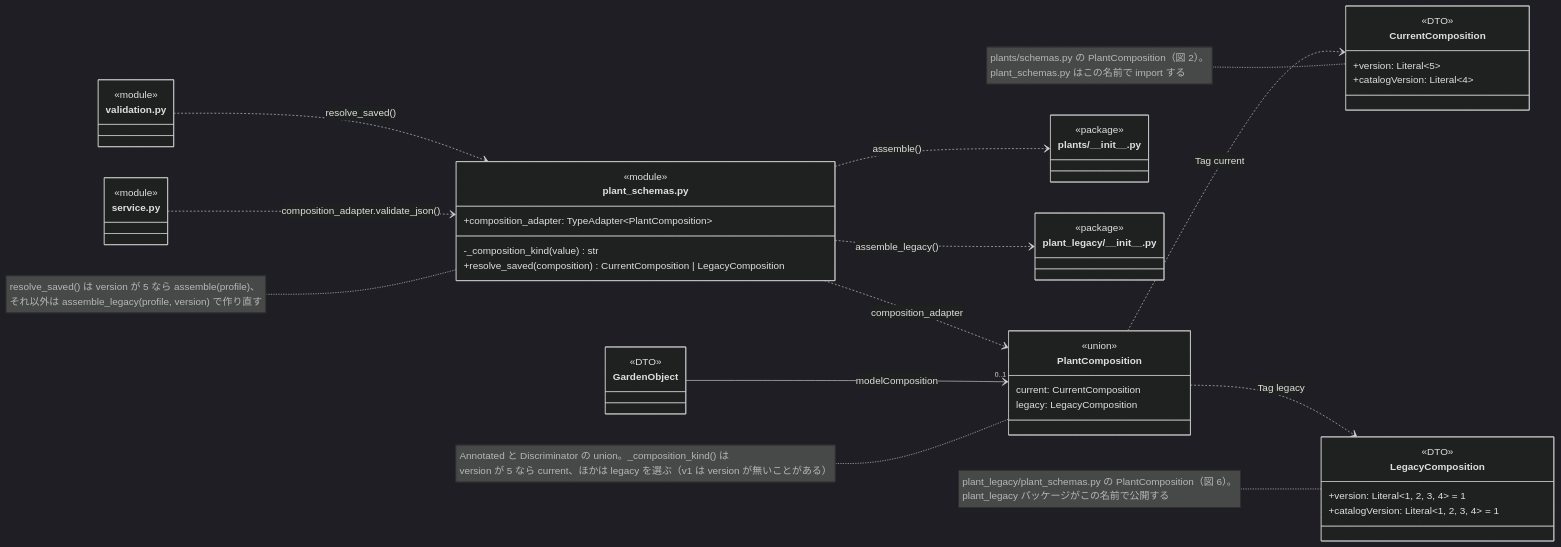
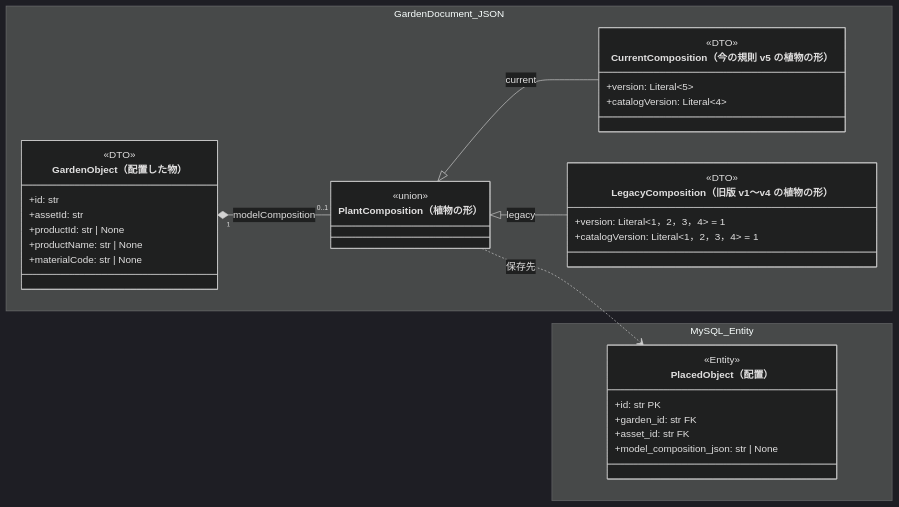
One commit to abeouga/kusakari-document changed the fifth of 7 diagrams in クラス図/kusakari-canvas/03_植物モデル.md. Above: the diagram before and after it, drawn with Mermaid (dark theme). The commit also changed other lines of this file and 40 other files, not shown here.

Commit message:
Canvas のクラス図に全体図を足し、詳細図をデータとモジュールの図に分けて書き直す

````diff
--- a/クラス図/kusakari-canvas/03_植物モデル.md
+++ b/クラス図/kusakari-canvas/03_植物モデル.md
@@ -425,48 +480,43 @@
 ```mermaid
 classDiagram
     direction LR
-    class plant_schemas["plant_schemas.py"] {
-        <<module>>
-        +composition_adapter: TypeAdapter~PlantComposition~
-        -_composition_kind(value) str
-        +resolve_saved(composition) CurrentComposition | LegacyComposition
+
+    namespace GardenDocument_JSON {
+        class GardenObject["GardenObject（配置した物）"] {
+            <<DTO>>
+            +id: str
+            +assetId: str
+            +productId: str | None
+            +productName: str | None
+            +materialCode: str | None
+        }
+        class PlantComposition["PlantComposition（植物の形）"] {
+            <<union>>
+        }
+        class CurrentComposition["CurrentComposition（今の規則 v5 の植物の形）"] {
+            <<DTO>>
+            +version: Literal~5~
+            +catalogVersion: Literal~4~
+        }
+        class LegacyComposition["LegacyComposition（旧版 v1〜v4 の植物の形）"] {
+            <<DTO>>
+            +version: Literal~1，2，3，4~ = 1
+            +catalogVersion: Literal~1，2，3，4~ = 1
+        }
     }
-    note for plant_schemas "resolve_saved() は version が 5 なら assemble(profile)、<br/>それ以外は assemble_legacy(profile, version) で作り直す"
-    class PlantComposition {
-        <<union>>
-        current: CurrentComposition
-        legacy: LegacyComposition
+
+    namespace MySQL_Entity {
+        class PlacedObject["PlacedObject（配置）"] {
+            <<Entity>>
+            +id: str PK
+            +garden_id: str FK
+            +asset_id: str FK
+            +model_composition_json: str | None
+        }
     }
-    note for PlantComposition "Annotated と Discriminator の union。_composition_kind() は<br/>version が 5 なら current、ほかは legacy を選ぶ（v1 は version が無いことがある）"
-    class CurrentComposition {
-        <<DTO>>
-        +version: Literal~5~
-        +catalogVersion: Literal~4~
-    }
-    note for CurrentComposition "plants/schemas.py の PlantComposition（図 2）。<br/>plant_schemas.py はこの名前で import する"
-    class LegacyComposition {
-        <<DTO>>
-        +version: Literal~1#44; 2#44; 3#44; 4~ = 1
-        +catalogVersion: Literal~1#44; 2#44; 3#44; 4~ = 1
-    }
-    note for LegacyComposition "plant_legacy/plant_schemas.py の PlantComposition（図 6）。<br/>plant_legacy パッケージがこの名前で公開する"
-    class plants["plants/#95;#95;init#95;#95;.py"]
-    <<package>> plants
-    class plant_legacy["plant_legacy/#95;#95;init#95;#95;.py"]
-    <<package>> plant_legacy
-    class GardenObject
-    <<DTO>> GardenObject
-    class service["service.py"]
-    <<module>> service
-    class validation["validation.py"]
-    <<module>> validation
 
-    GardenObject --> "0..1" PlantComposition : modelComposition
-    PlantComposition ..> CurrentComposition : Tag current
-    PlantComposition ..> LegacyComposition : Tag legacy
-    plant_schemas ..> PlantComposition : composition_adapter
-    plant_schemas ..> plants : assemble()
-    plant_schemas ..> plant_legacy : assemble_legacy()
-    service ..> plant_schemas : composition_adapter.validate_json()
-    validation ..> plant_schemas : resolve_saved()
+    GardenObject "1" *-- "0..1" PlantComposition : modelComposition
+    PlantComposition <|-- CurrentComposition : current
+    PlantComposition <|-- LegacyComposition : legacy
+    PlantComposition ..> PlacedObject : 保存先
 ```
````
